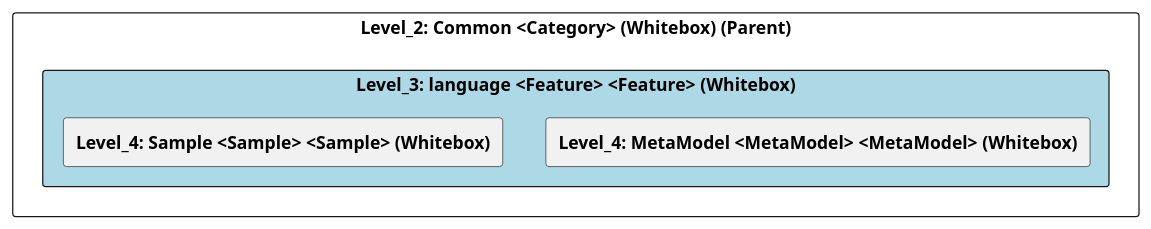
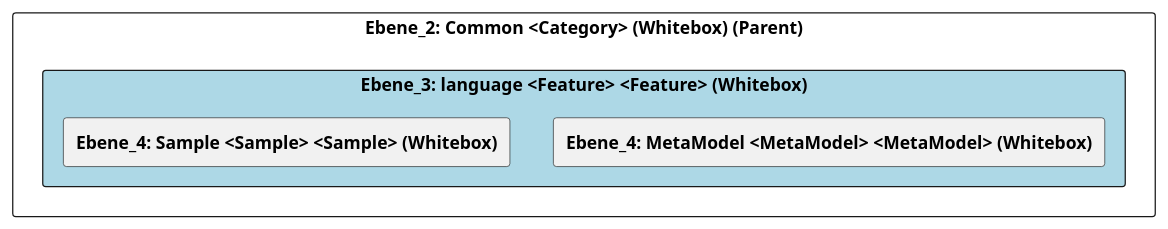
The diagram in doc/cleonproject_deliverables_architecture_model_architecture/adoc/de/05_bausteinsicht/cleon/common/language/ebene_3_language.adoc (marcozwyssig/cleon), drawn with PlantUML before and after one commit. The commit also changed other lines of this file and 258 other files, not shown here.

```diff
--- a/doc/cleonproject_deliverables_architecture_model_architecture/adoc/de/05_bausteinsicht/cleon/common/language/ebene_3_language.adoc
+++ b/doc/cleonproject_deliverables_architecture_model_architecture/adoc/de/05_bausteinsicht/cleon/common/language/ebene_3_language.adoc
@@ -24,25 +24,25 @@
-[plantuml, Level_3: language <Feature> <Feature> (Whitebox)BlockOverview, format="svg"]
+[plantuml, Ebene_3: language <Feature> <Feature> (Whitebox)BlockOverview, format="svg"]
 ----
-@startuml Level_3: language <Feature> <Feature> (Whitebox)BuildingBlockOverview
+@startuml Ebene_3: language <Feature> <Feature> (Whitebox)BuildingBlockOverview
 
 skinparam ranksep 10
 skinparam componentStyle rectangle
 skinparam shadowing false
 skinparam arrowColor lightblue
 skinparam arrowThickness 1.2
 skinparam rectangle {
   BackgroundColor White
   BorderColor #333
   RoundCorner 10
 }
 top to bottom direction
 
-component "Level_2: Common <Category> (Whitebox) (Parent)" {
-    component "Level_3: language <Feature> <Feature> (Whitebox)" #lightblue {
-        [**Level_4: MetaModel <MetaModel> <MetaModel> (Whitebox)**] as 4A56B729_D579_11EE_903E_9F564E4DE07E
-        [**Level_4: Sample <Sample> <Sample> (Whitebox)**] as 4A56DE4A_D579_11EE_903E_9F564E4DE07E
+component "Ebene_2: Common <Category> (Whitebox) (Parent)" {
+    component "Ebene_3: language <Feature> <Feature> (Whitebox)" #lightblue {
+        [**Ebene_4: MetaModel <MetaModel> <MetaModel> (Whitebox)**] as 4A56B729_D579_11EE_903E_9F564E4DE07E
+        [**Ebene_4: Sample <Sample> <Sample> (Whitebox)**] as 4A56DE4A_D579_11EE_903E_9F564E4DE07E
     }
 }
 
 @enduml
 ----
```
